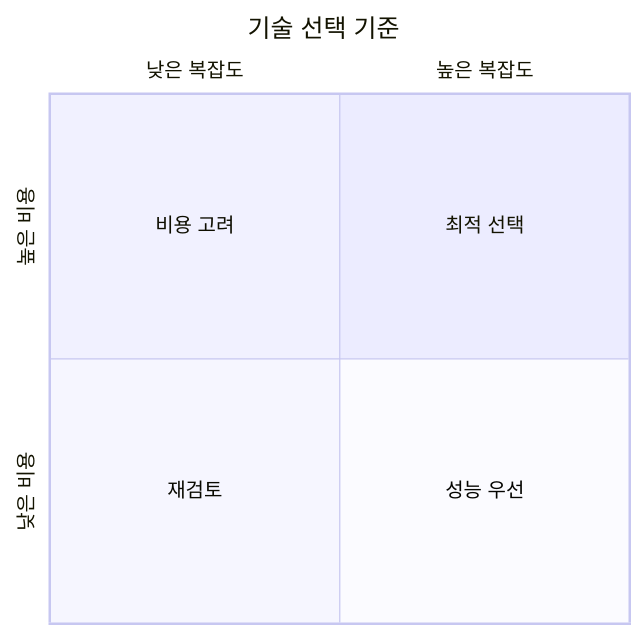
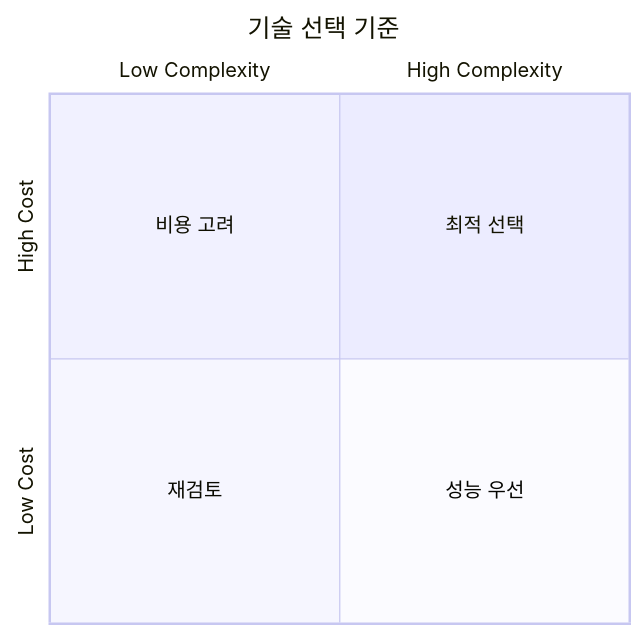
The third of 12 diagrams in .amazonq/rules/visualization_priority.md (niceguy61/kdt_devops_lecture_2025), drawn with Mermaid before and after one commit. The commit also changed other lines of this file and 1 other file, not shown here.

````diff
--- a/.amazonq/rules/visualization_priority.md
+++ b/.amazonq/rules/visualization_priority.md
@@ -156,10 +156,10 @@
 ```mermaid
 quadrantChart
     title 기술 선택 기준
-    x-axis 낮은 복잡도 --> 높은 복잡도
-    y-axis 낮은 비용 --> 높은 비용
+    x-axis Low Complexity --> High Complexity
+    y-axis Low Cost --> High Cost
     quadrant-1 최적 선택
     quadrant-2 비용 고려
     quadrant-3 재검토
     quadrant-4 성능 우선
 ```
````
